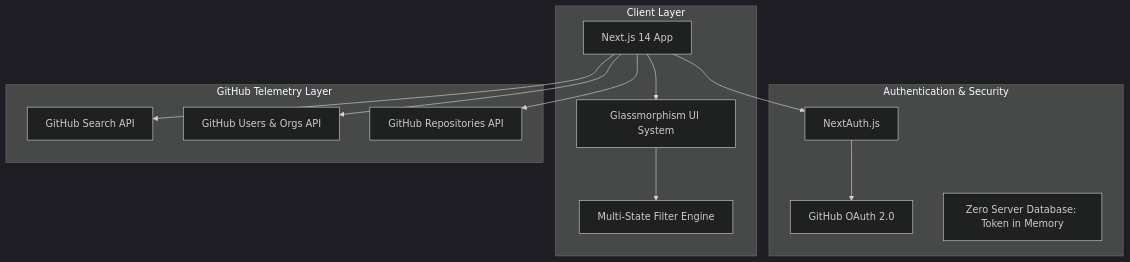
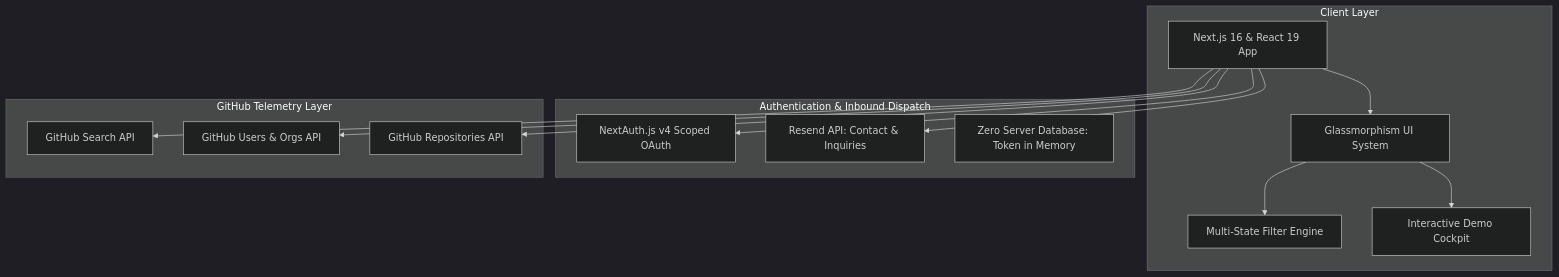
Before and after one commit to sahsisunny/gittrackr: the second of 2 diagrams in CASE_STUDY.md, drawn with Mermaid (dark theme). The commit also changed other lines of this file and 3 other files, not shown here.

````diff
--- a/CASE_STUDY.md
+++ b/CASE_STUDY.md
@@ -58,28 +58,30 @@
 ```mermaid
 graph TD
     subgraph Client Layer
-        A[Next.js 14 App]
+        A[Next.js 16 & React 19 App]
         B[Glassmorphism UI System]
         C[Multi-State Filter Engine]
+        D[Interactive Demo Cockpit]
     end
 
-    subgraph Authentication & Security
-        D[NextAuth.js]
-        E[GitHub OAuth 2.0]
-        F[Zero Server Database: Token in Memory]
+    subgraph Authentication & Inbound Dispatch
+        E[NextAuth.js v4 Scoped OAuth]
+        F[Resend API: Contact & Inquiries]
+        G[Zero Server Database: Token in Memory]
     end
 
     subgraph GitHub Telemetry Layer
-        G[GitHub Search API]
-        H[GitHub Users & Orgs API]
-        I[GitHub Repositories API]
+        H[GitHub Search API]
+        I[GitHub Users & Orgs API]
+        J[GitHub Repositories API]
     end
 
-    A --> D
-    D --> E
-    A --> G
+    A --> E
+    A --> F
     A --> H
     A --> I
+    A --> J
     A --> B
     B --> C
+    B --> D
 ```
````
